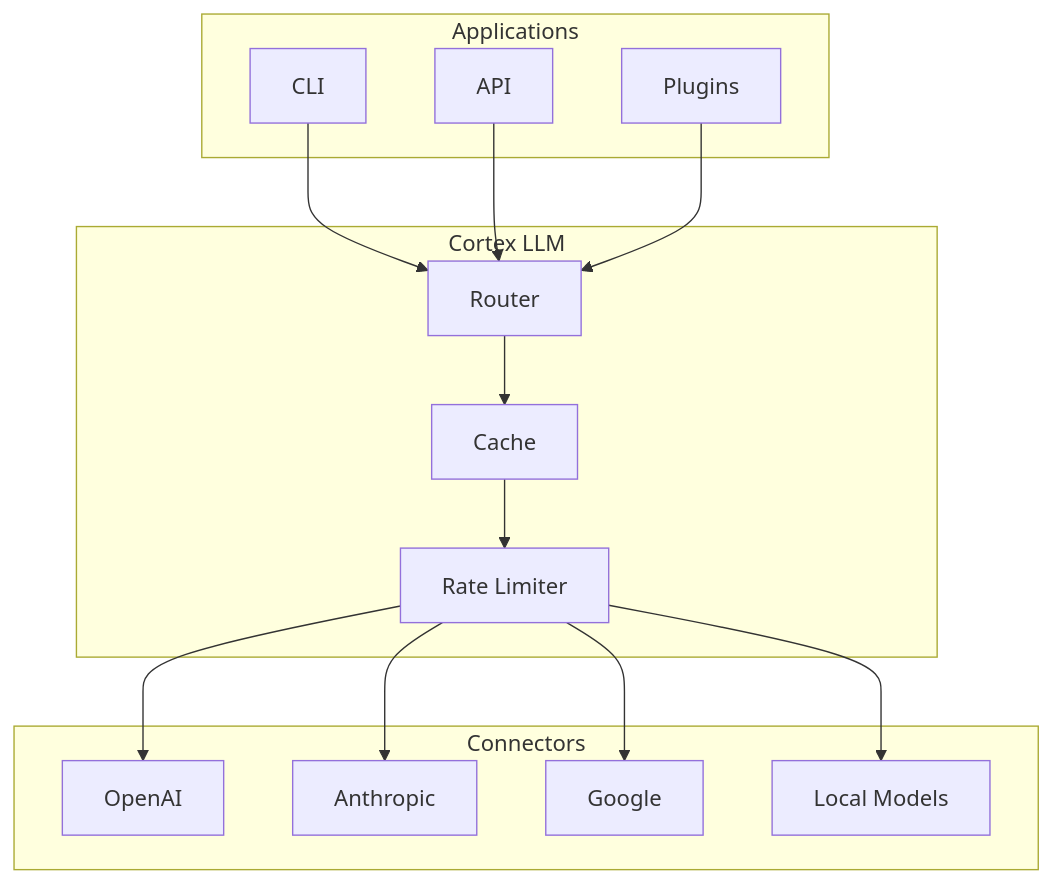
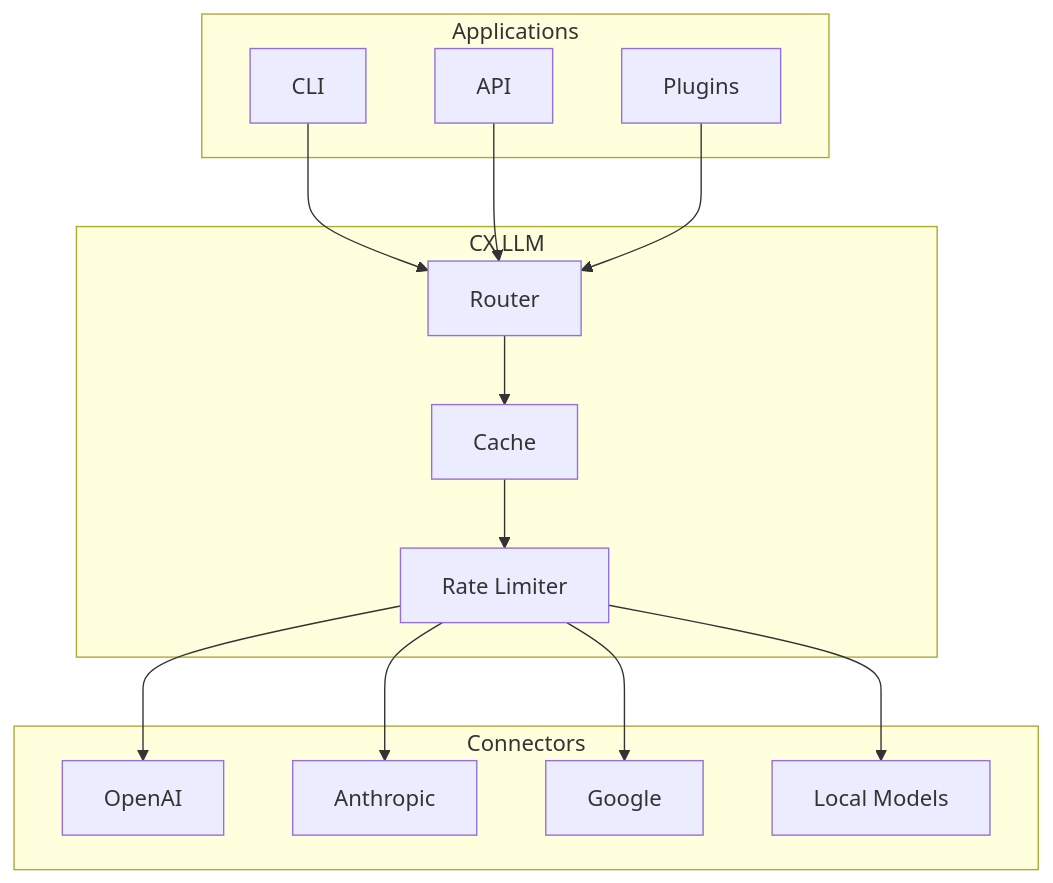
The first of 3 diagrams in docs/docs/architecture/cortex-llm.md (cxlinux-ai/cx-web), drawn with Mermaid before and after one commit. The commit also changed other lines of this file and 21 other files, not shown here.

````diff
--- a/docs/docs/architecture/cortex-llm.md
+++ b/docs/docs/architecture/cortex-llm.md
@@ -7,33 +7,33 @@
 ```mermaid
 graph TB
     subgraph Applications
         A[CLI]
         B[API]
         C[Plugins]
     end
 
-    subgraph Cortex LLM
+    subgraph CX LLM
         D[Router]
         E[Cache]
         F[Rate Limiter]
     end
 
     subgraph Connectors
         G[OpenAI]
         H[Anthropic]
         I[Google]
         J[Local Models]
     end
 
     A --> D
     B --> D
     C --> D
 
     D --> E
     E --> F
 
     F --> G
     F --> H
     F --> I
     F --> J
 ```
````
